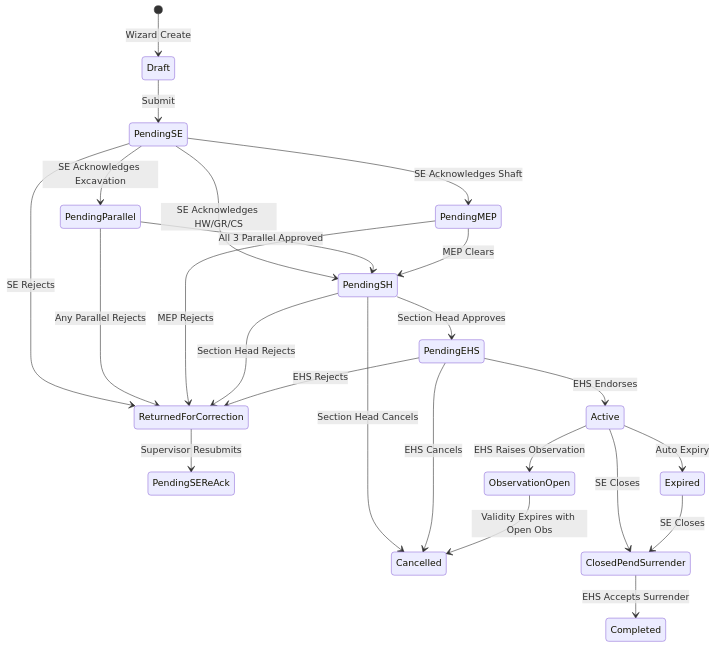
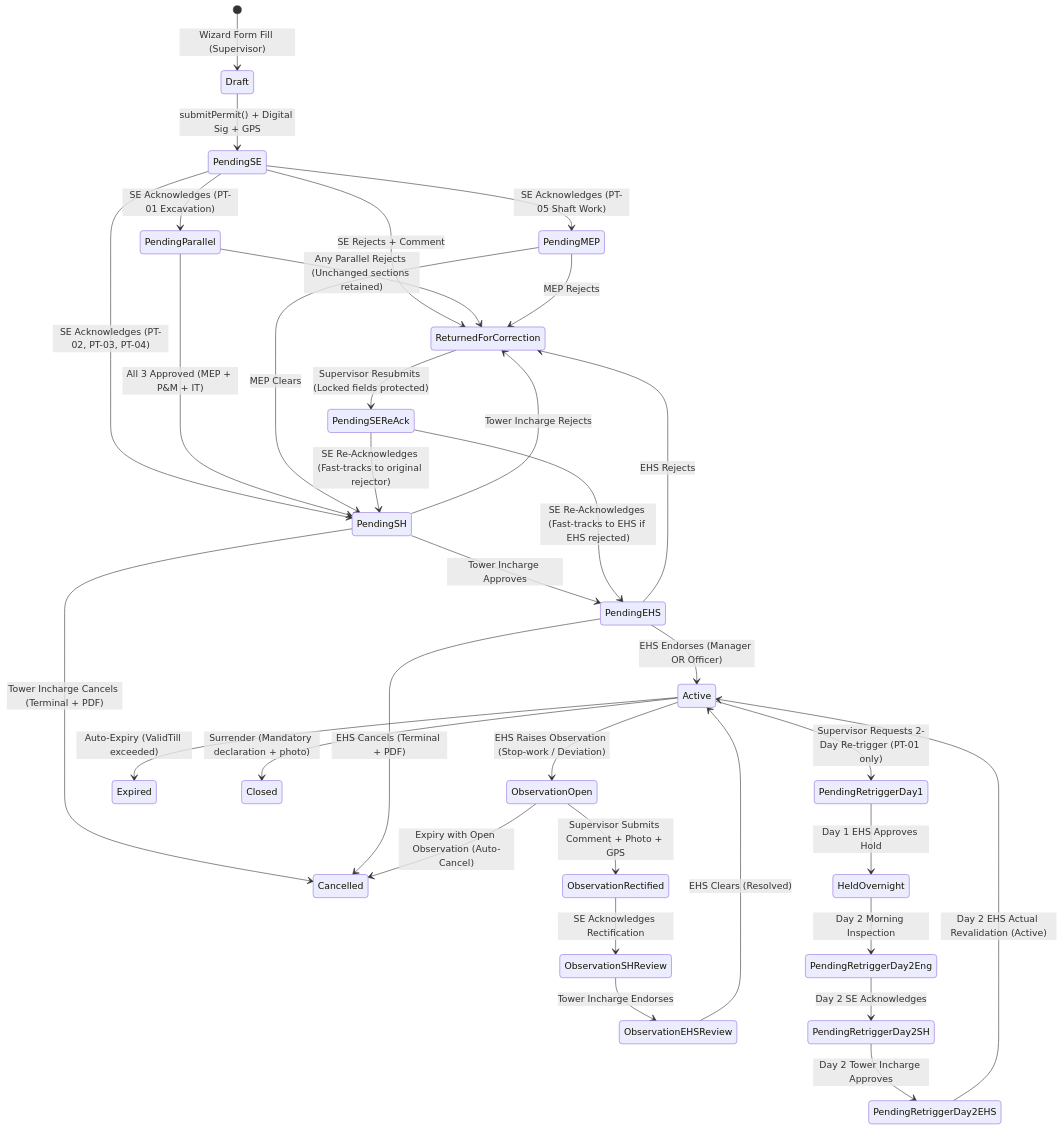
One commit to AuroGroupAutomationBot/ARPL-EHS-Demo changed the seventh of 25 diagrams in README.md. Above: the diagram before and after it, drawn with Mermaid. The commit also changed other lines of this file, not shown here.

````diff
--- a/README.md
+++ b/README.md
@@ -333,34 +506,54 @@
 ```mermaid
 stateDiagram-v2
-    [*] --> Draft : Wizard Create
-    Draft --> PendingSE : Submit
-    PendingSE --> ReturnedForCorrection : SE Rejects
-    PendingSE --> PendingParallel : SE Acknowledges Excavation
-    PendingSE --> PendingMEP : SE Acknowledges Shaft
-    PendingSE --> PendingSH : SE Acknowledges HW/GR/CS
+    [*] --> Draft : Wizard Form Fill (Supervisor)
+    Draft --> PendingSE : submitPermit() + Digital Sig + GPS
+    
+    %% Site Engineer Stage
+    PendingSE --> ReturnedForCorrection : SE Rejects + Comment
+    PendingSE --> PendingParallel : SE Acknowledges (PT-01 Excavation)
+    PendingSE --> PendingMEP : SE Acknowledges (PT-05 Shaft Work)
+    PendingSE --> PendingSH : SE Acknowledges (PT-02, PT-03, PT-04)
 
-    PendingParallel --> PendingSH : All 3 Parallel Approved
-    PendingParallel --> ReturnedForCorrection : Any Parallel Rejects
+    %% Parallel Gate (PT-01)
+    PendingParallel --> PendingSH : All 3 Approved (MEP + P&M + IT)
+    PendingParallel --> ReturnedForCorrection : Any Parallel Rejects (Unchanged sections retained)
 
+    %% Dedicated MEP Gate (PT-05)
     PendingMEP --> PendingSH : MEP Clears
     PendingMEP --> ReturnedForCorrection : MEP Rejects
 
-    PendingSH --> PendingEHS : Section Head Approves
-    PendingSH --> ReturnedForCorrection : Section Head Rejects
-    PendingSH --> Cancelled : Section Head Cancels
+    %% Section Head / Tower Incharge Stage
+    PendingSH --> PendingEHS : Tower Incharge Approves
+    PendingSH --> ReturnedForCorrection : Tower Incharge Rejects
+    PendingSH --> Cancelled : Tower Incharge Cancels (Terminal + PDF)
 
-    PendingEHS --> Active : EHS Endorses
+    %% EHS Stage (Single Approver Gate)
+    PendingEHS --> Active : EHS Endorses (Manager OR Officer)
     PendingEHS --> ReturnedForCorrection : EHS Rejects
-    PendingEHS --> Cancelled : EHS Cancels
+    PendingEHS --> Cancelled : EHS Cancels (Terminal + PDF)
 
-    ReturnedForCorrection --> PendingSEReAck : Supervisor Resubmits
+    %% Correction Loop
+    ReturnedForCorrection --> PendingSEReAck : Supervisor Resubmits (Locked fields protected)
+    PendingSEReAck --> PendingSH : SE Re-Acknowledges (Fast-tracks to original rejector)
+    PendingSEReAck --> PendingEHS : SE Re-Acknowledges (Fast-tracks to EHS if EHS rejected)
 
-    Active --> ObservationOpen : EHS Raises Observation
-    Active --> Expired : Auto Expiry
-    Active --> ClosedPendSurrender : SE Closes
+    %% Active State & Post-Activation Workflows
+    Active --> ObservationOpen : EHS Raises Observation (Stop-work / Deviation)
+    Active --> Expired : Auto-Expiry (ValidTill exceeded)
+    Active --> Closed : Surrender (Mandatory declaration + photo)
+    Active --> PendingRetriggerDay1 : Supervisor Requests 2-Day Re-trigger (PT-01 only)
 
-    ObservationOpen --> Cancelled : Validity Expires with Open Obs
+    %% Observation Sub-Lifecycle
+    ObservationOpen --> ObservationRectified : Supervisor Submits Comment + Photo + GPS
+    ObservationRectified --> ObservationSHReview : SE Acknowledges Rectification
+    ObservationSHReview --> ObservationEHSReview : Tower Incharge Endorses
+    ObservationEHSReview --> Active : EHS Clears (Resolved)
+    ObservationOpen --> Cancelled : Expiry with Open Observation (Auto-Cancel)
 
-    Expired --> ClosedPendSurrender : SE Closes
-    ClosedPendSurrender --> Completed : EHS Accepts Surrender
+    %% Re-trigger Sub-Lifecycle (Excavation)
+    PendingRetriggerDay1 --> HeldOvernight : Day 1 EHS Approves Hold
+    HeldOvernight --> PendingRetriggerDay2Eng : Day 2 Morning Inspection
+    PendingRetriggerDay2Eng --> PendingRetriggerDay2SH : Day 2 SE Acknowledges
+    PendingRetriggerDay2SH --> PendingRetriggerDay2EHS : Day 2 Tower Incharge Approves
+    PendingRetriggerDay2EHS --> Active : Day 2 EHS Actual Revalidation (Active)
 ```
````
